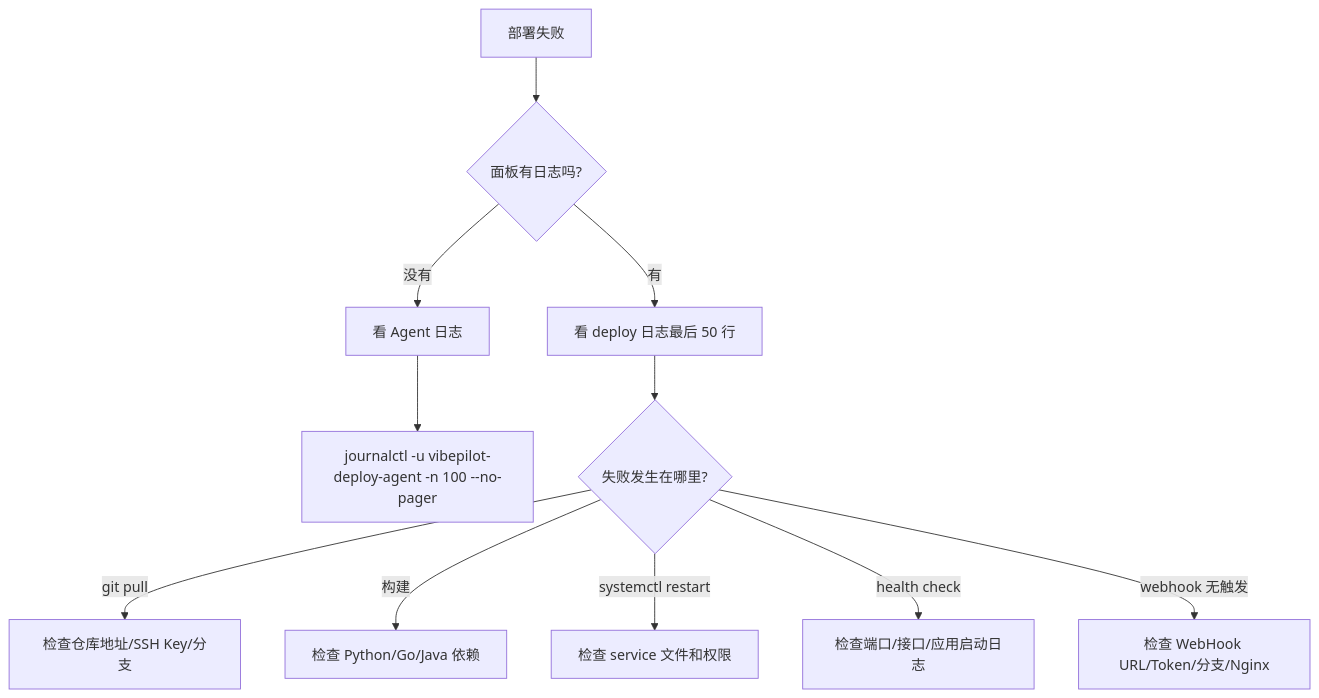
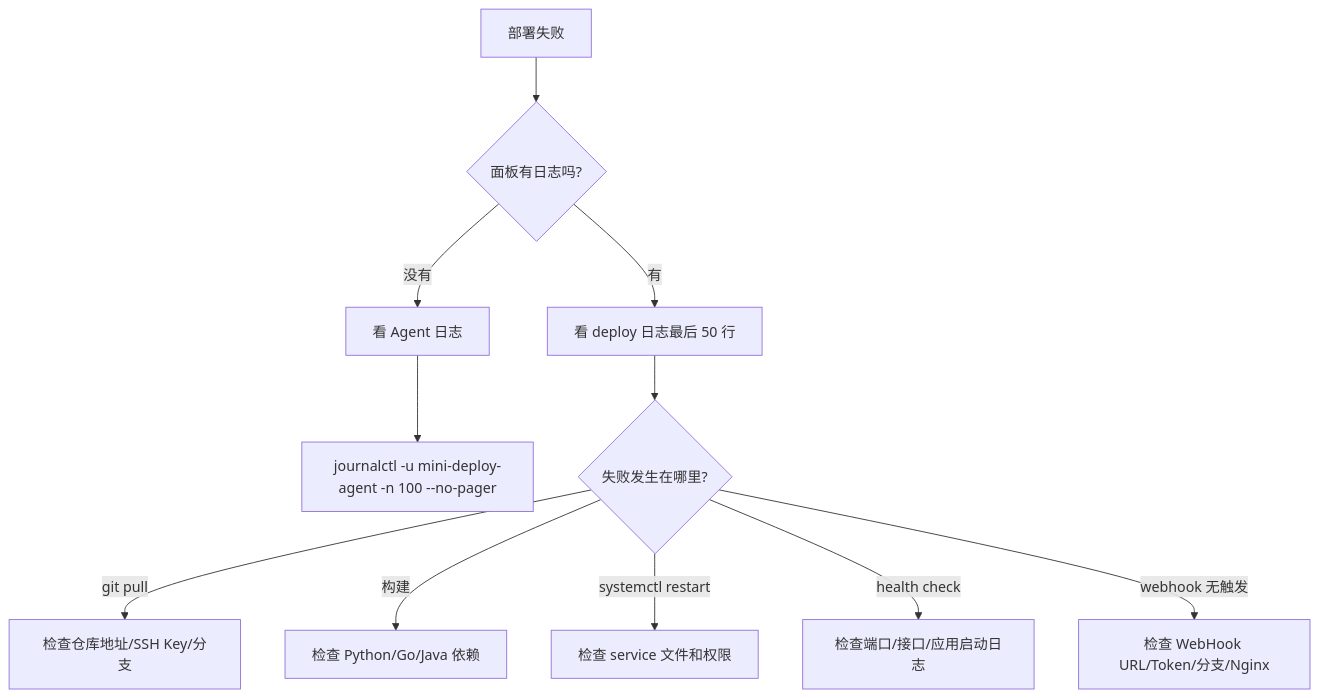
The sixth of 7 diagrams in docs/BEGINNER_DEPLOY_FLOW.zh-CN.md (jokerXueC/mini_deploy), drawn with Mermaid before and after one commit. The commit also changed other lines of this file and 14 other files, not shown here.

Commit message:
rename project to mini_deploy

````diff
--- a/docs/BEGINNER_DEPLOY_FLOW.zh-CN.md
+++ b/docs/BEGINNER_DEPLOY_FLOW.zh-CN.md
@@ -1032,13 +1032,13 @@
 ```mermaid
 flowchart TD
     A[部署失败] --> B{面板有日志吗?}
     B -- 没有 --> C[看 Agent 日志]
     B -- 有 --> D[看 deploy 日志最后 50 行]
-    C --> C1[journalctl -u vibepilot-deploy-agent -n 100 --no-pager]
+    C --> C1[journalctl -u mini-deploy-agent -n 100 --no-pager]
     D --> E{失败发生在哪里?}
     E -- git pull --> F[检查仓库地址/SSH Key/分支]
     E -- 构建 --> G[检查 Python/Go/Java 依赖]
     E -- systemctl restart --> H[检查 service 文件和权限]
     E -- health check --> I[检查端口/接口/应用启动日志]
     E -- webhook 无触发 --> J[检查 WebHook URL/Token/分支/Nginx]
 ```
````
